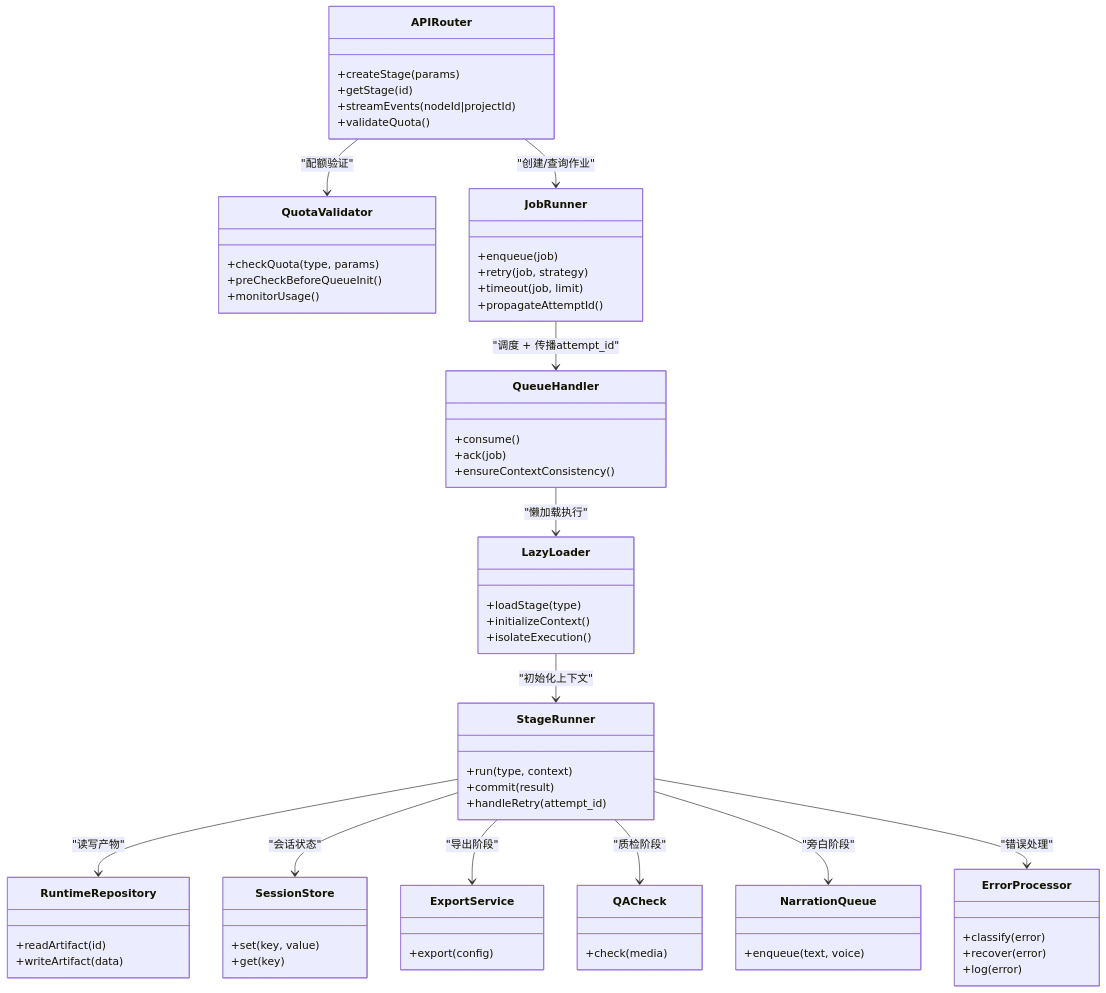
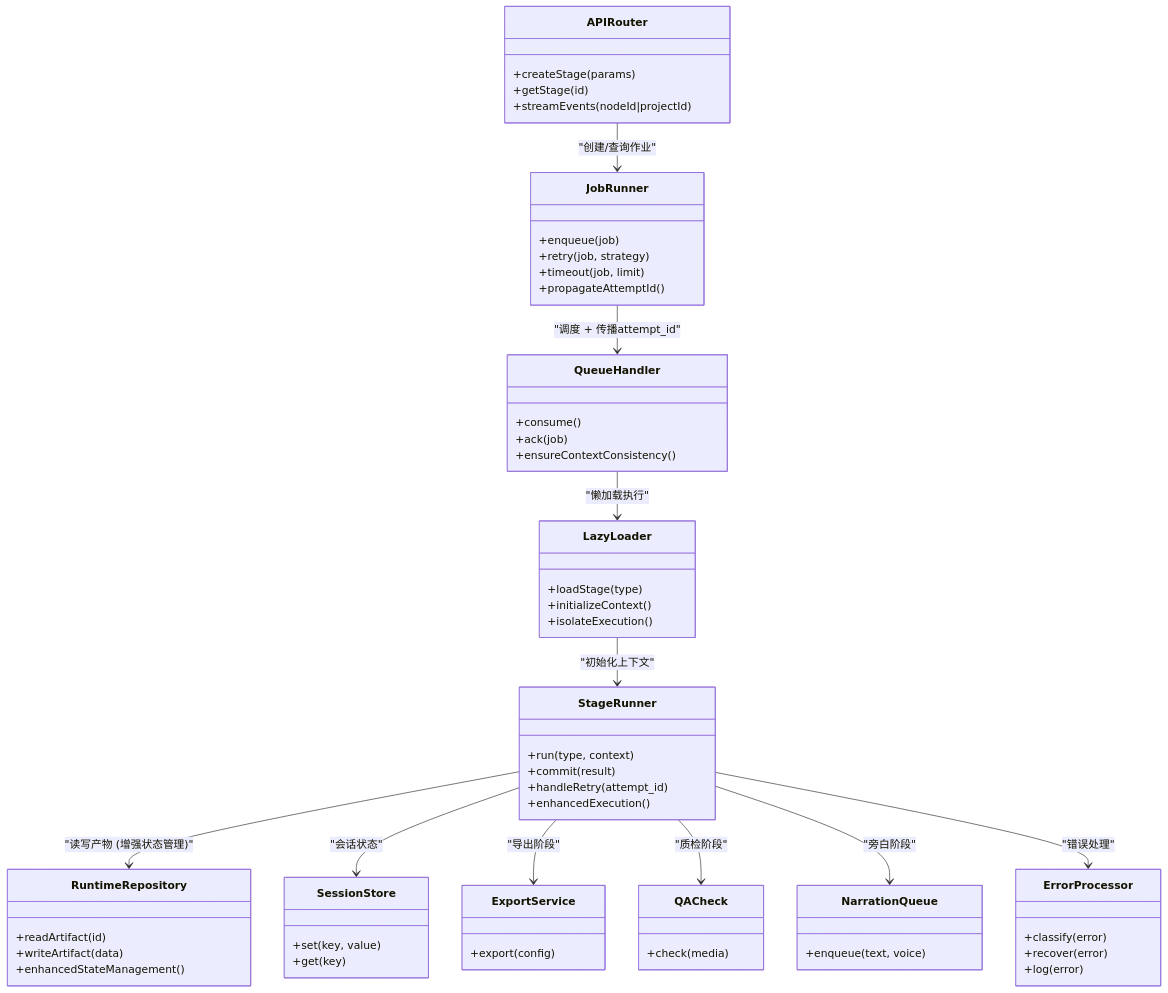
One commit to scottcwy/PurpleInk changed the third of 3 diagrams in .qoder/repowiki/zh/content/API参考/导演系统API/阶段执行API.md. Above: the diagram before and after it, drawn with Mermaid. The commit also changed other lines of this file and 23 other files, not shown here.

````diff
--- a/.qoder/repowiki/zh/content/API参考/导演系统API/阶段执行API.md
+++ b/.qoder/repowiki/zh/content/API参考/导演系统API/阶段执行API.md
@@ -368,68 +375,63 @@
 ```mermaid
 classDiagram
 class APIRouter {
 +createStage(params)
 +getStage(id)
 +streamEvents(nodeId|projectId)
-+validateQuota()
-}
-class QuotaValidator {
-+checkQuota(type, params)
-+preCheckBeforeQueueInit()
-+monitorUsage()
 }
 class JobRunner {
 +enqueue(job)
 +retry(job, strategy)
 +timeout(job, limit)
 +propagateAttemptId()
 }
 class QueueHandler {
 +consume()
 +ack(job)
 +ensureContextConsistency()
 }
 class LazyLoader {
 +loadStage(type)
 +initializeContext()
 +isolateExecution()
 }
 class StageRunner {
 +run(type, context)
 +commit(result)
 +handleRetry(attempt_id)
++enhancedExecution()
 }
 class RuntimeRepository {
 +readArtifact(id)
 +writeArtifact(data)
++enhancedStateManagement()
 }
 class SessionStore {
 +set(key, value)
 +get(key)
 }
 class ExportService {
 +export(config)
 }
 class QACheck {
 +check(media)
 }
 class NarrationQueue {
 +enqueue(text, voice)
 }
 class ErrorProcessor {
 +classify(error)
 +recover(error)
 +log(error)
 }
-APIRouter --> QuotaValidator : "配额验证"
 APIRouter --> JobRunner : "创建/查询作业"
 JobRunner --> QueueHandler : "调度 + 传播attempt_id"
 QueueHandler --> LazyLoader : "懒加载执行"
 LazyLoader --> StageRunner : "初始化上下文"
-StageRunner --> RuntimeRepository : "读写产物"
+StageRunner --> RuntimeRepository : "读写产物 (增强状态管理)"
 StageRunner --> SessionStore : "会话状态"
 StageRunner --> ExportService : "导出阶段"
 StageRunner --> QACheck : "质检阶段"
 StageRunner --> NarrationQueue : "旁白阶段"
 StageRunner --> ErrorProcessor : "错误处理"
 ```
````
